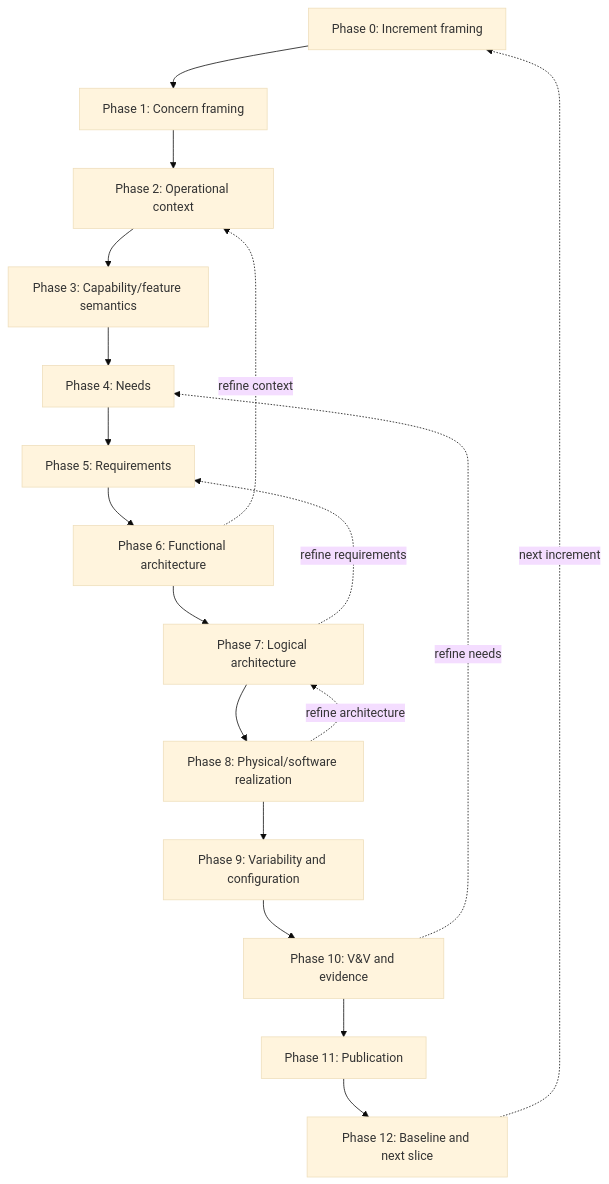
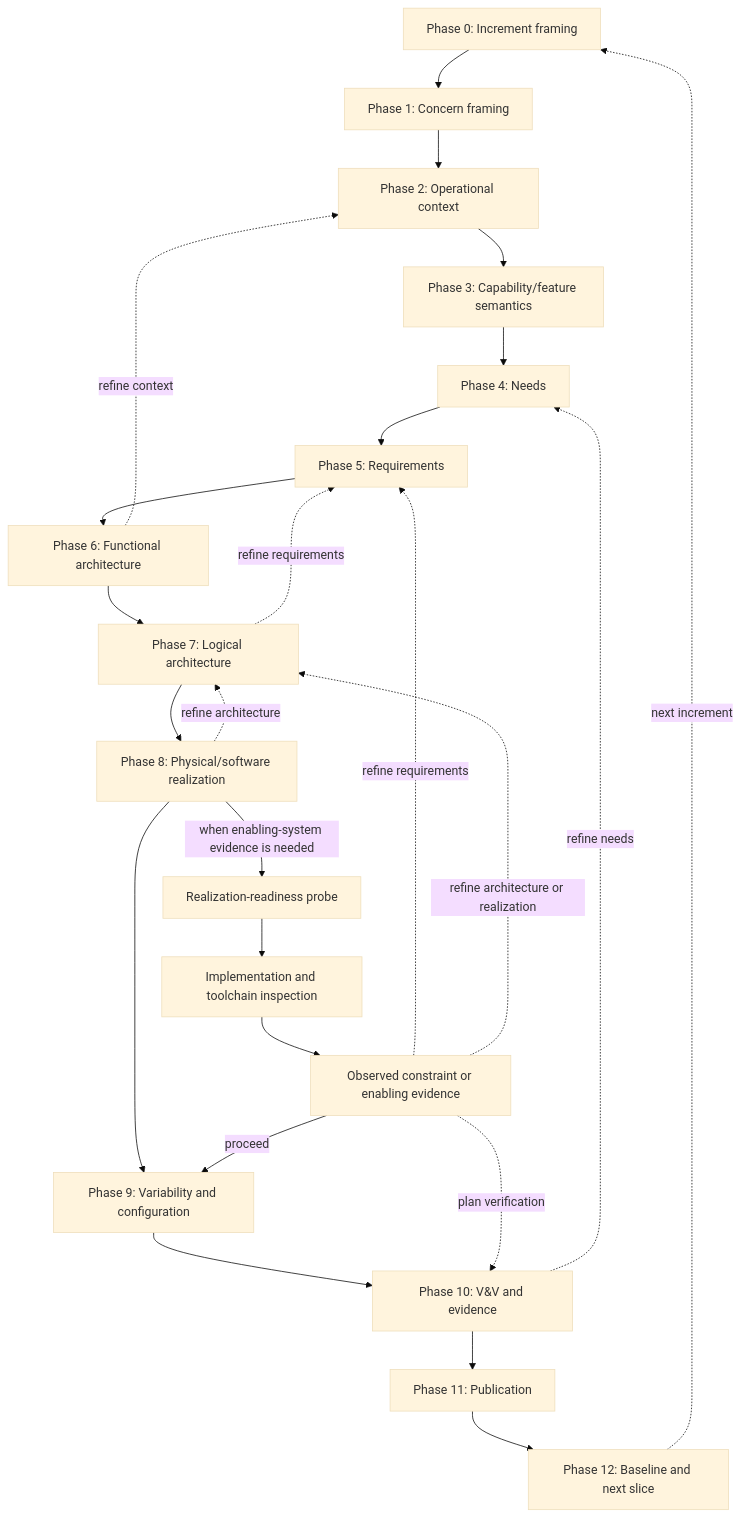
Before and after one commit to de4sdv/DE4SDV: the diagram in methodologies/sysmod-sysmlv2/process-mapping.md, drawn with Mermaid (base theme). The commit also changed other lines of this file and 2 other files, not shown here.

Commit message:
docs(method): add realization-readiness feedback control (#87)

````diff
--- a/methodologies/sysmod-sysmlv2/process-mapping.md
+++ b/methodologies/sysmod-sysmlv2/process-mapping.md
@@ -65,27 +65,34 @@
 ```mermaid
 graph TD
     P0[Phase 0: Increment framing]
     P1[Phase 1: Concern framing]
     P2[Phase 2: Operational context]
     P3[Phase 3: Capability/feature semantics]
     P4[Phase 4: Needs]
     P5[Phase 5: Requirements]
     P6[Phase 6: Functional architecture]
     P7[Phase 7: Logical architecture]
     P8[Phase 8: Physical/software realization]
     P9[Phase 9: Variability and configuration]
     P10[Phase 10: V&V and evidence]
     P11[Phase 11: Publication]
     P12[Phase 12: Baseline and next slice]
 
     P0 --> P1 --> P2 --> P3 --> P4 --> P5
     P5 --> P6 --> P7 --> P8 --> P9 --> P10
     P10 --> P11 --> P12
+    P12 -.->|"next increment"| P0
 
-    P12 -.->|"next increment"| P0
+    P8 -->|"when enabling-system evidence is needed"| RP[Realization-readiness probe]
+    RP --> RI[Implementation and toolchain inspection]
+    RI --> RE[Observed constraint or enabling evidence]
+    RE -->|"proceed"| P9
+    RE -.->|"refine requirements"| P5
+    RE -.->|"refine architecture or realization"| P7
+    RE -.->|"plan verification"| P10
 
     P7 -.->|"refine requirements"| P5
     P8 -.->|"refine architecture"| P7
     P10 -.->|"refine needs"| P4
     P6 -.->|"refine context"| P2
 ```
````
